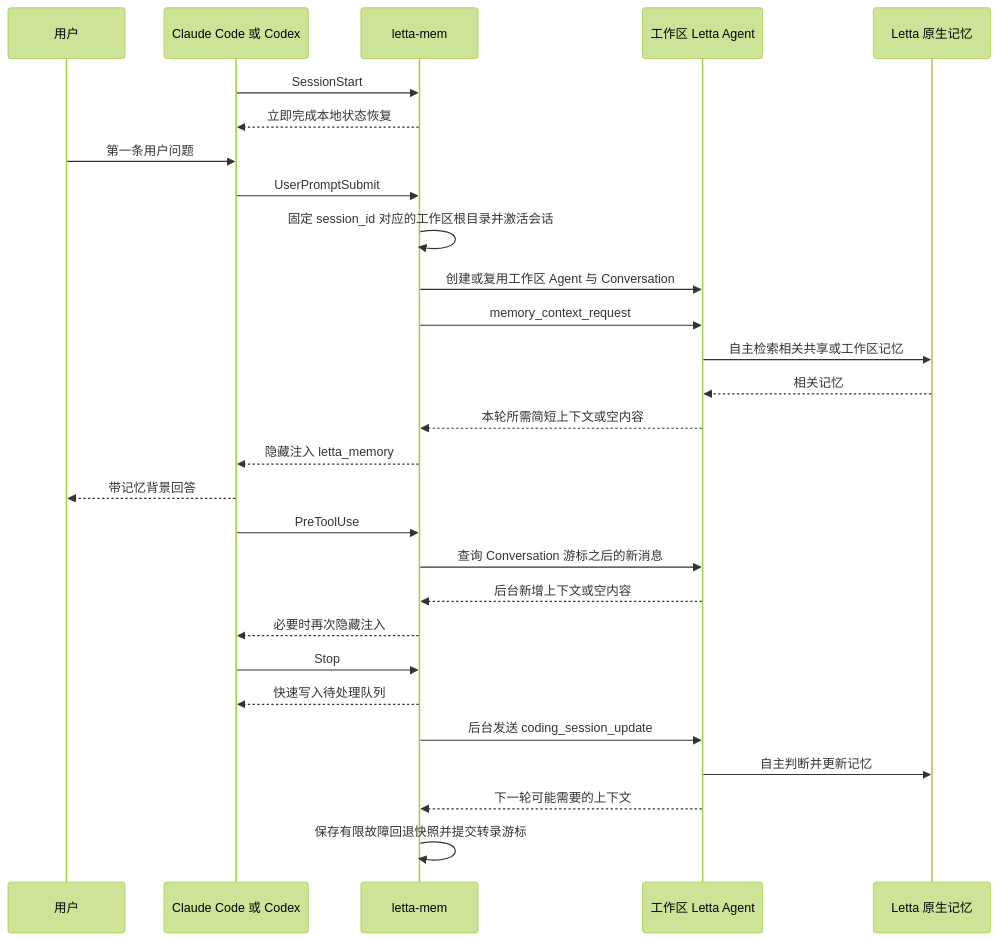
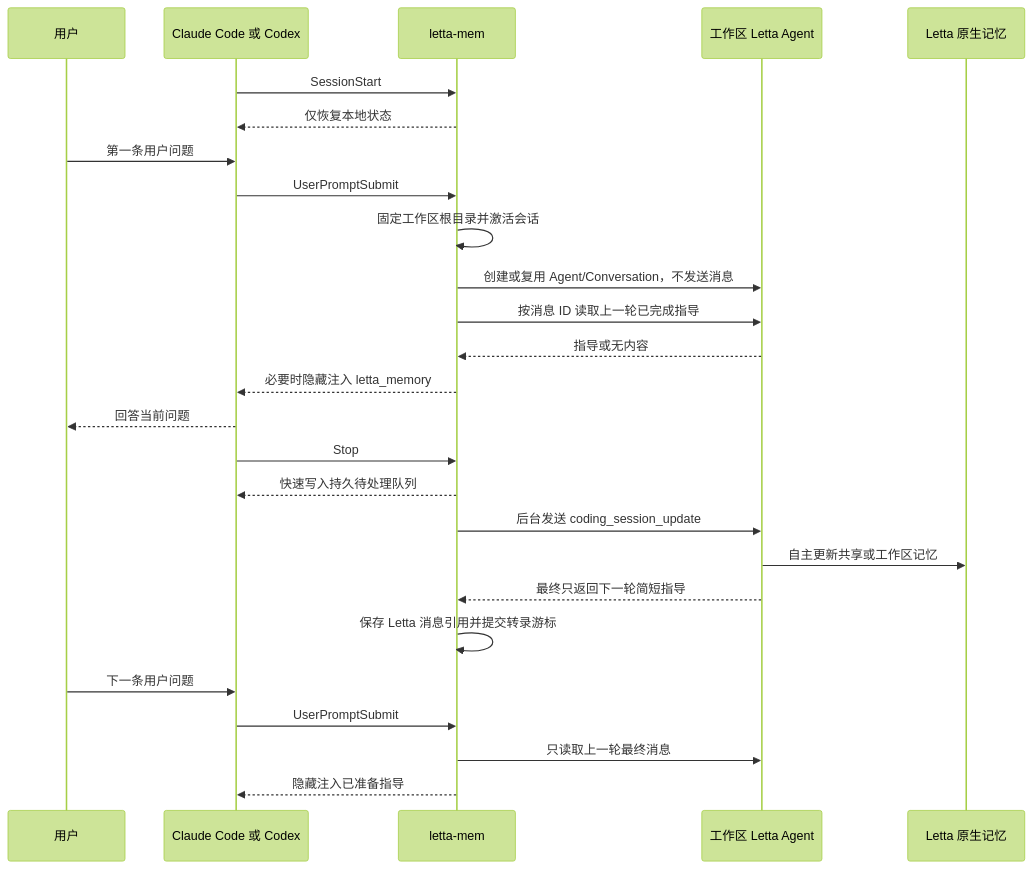
One commit to rvaim/rvaim-marketplace changed the diagram in plugins/letta-mem/README.md. Above: the diagram before and after it, drawn with Mermaid (forest theme). The commit also changed other lines of this file and 20 other files, not shown here.

````diff
--- a/plugins/letta-mem/README.md
+++ b/plugins/letta-mem/README.md
@@ -106,34 +91,32 @@
 ```mermaid
 sequenceDiagram
     participant U as 用户
     participant H as Claude Code 或 Codex
     participant P as letta-mem
     participant A as 工作区 Letta Agent
     participant M as Letta 原生记忆
 
     H->>P: SessionStart
-    P-->>H: 立即完成本地状态恢复
+    P-->>H: 仅恢复本地状态
 
     U->>H: 第一条用户问题
     H->>P: UserPromptSubmit
-    P->>P: 固定 session_id 对应的工作区根目录并激活会话
-    P->>A: 创建或复用工作区 Agent 与 Conversation
-    P->>A: memory_context_request
-    A->>M: 自主检索相关共享或工作区记忆
-    M-->>A: 相关记忆
-    A-->>P: 本轮所需简短上下文或空内容
-    P-->>H: 隐藏注入 letta_memory
-    H-->>U: 带记忆背景回答
-
-    H->>P: PreToolUse
-    P->>A: 查询 Conversation 游标之后的新消息
-    A-->>P: 后台新增上下文或空内容
-    P-->>H: 必要时再次隐藏注入
+    P->>P: 固定工作区根目录并激活会话
+    P->>A: 创建或复用 Agent/Conversation，不发送消息
+    P->>A: 按消息 ID 读取上一轮已完成指导
+    A-->>P: 指导或无内容
+    P-->>H: 必要时隐藏注入 letta_memory
+    H-->>U: 回答当前问题
 
     H->>P: Stop
-    P-->>H: 快速写入待处理队列
+    P-->>H: 快速写入持久待处理队列
     P->>A: 后台发送 coding_session_update
-    A->>M: 自主判断并更新记忆
-    A-->>P: 下一轮可能需要的上下文
-    P->>P: 保存有限故障回退快照并提交转录游标
+    A->>M: 自主更新共享或工作区记忆
+    A-->>P: 最终只返回下一轮简短指导
+    P->>P: 保存 Letta 消息引用并提交转录游标
+
+    U->>H: 下一条用户问题
+    H->>P: UserPromptSubmit
+    P->>A: 只读取上一轮最终消息
+    P-->>H: 隐藏注入已准备指导
 ```
````
